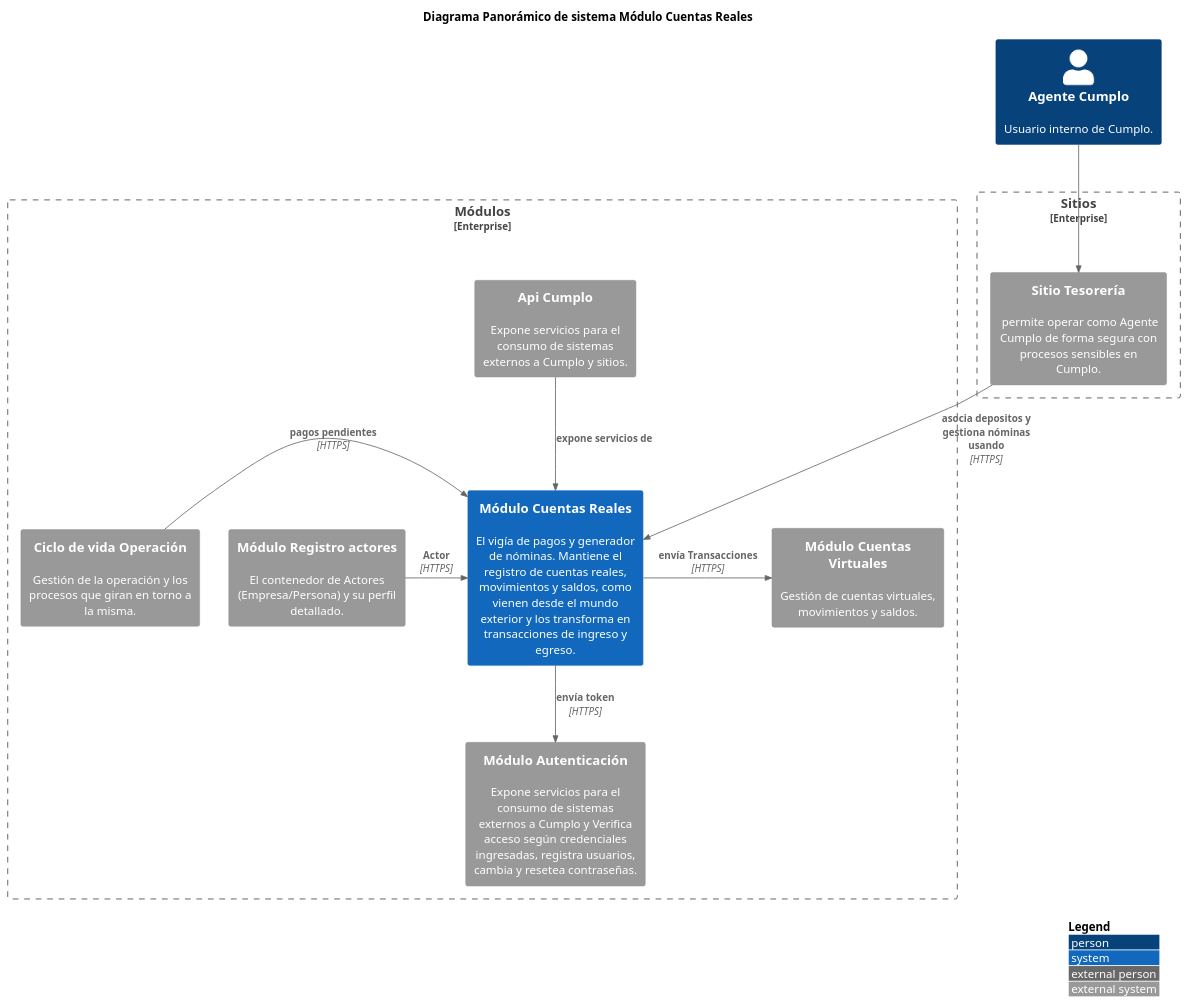
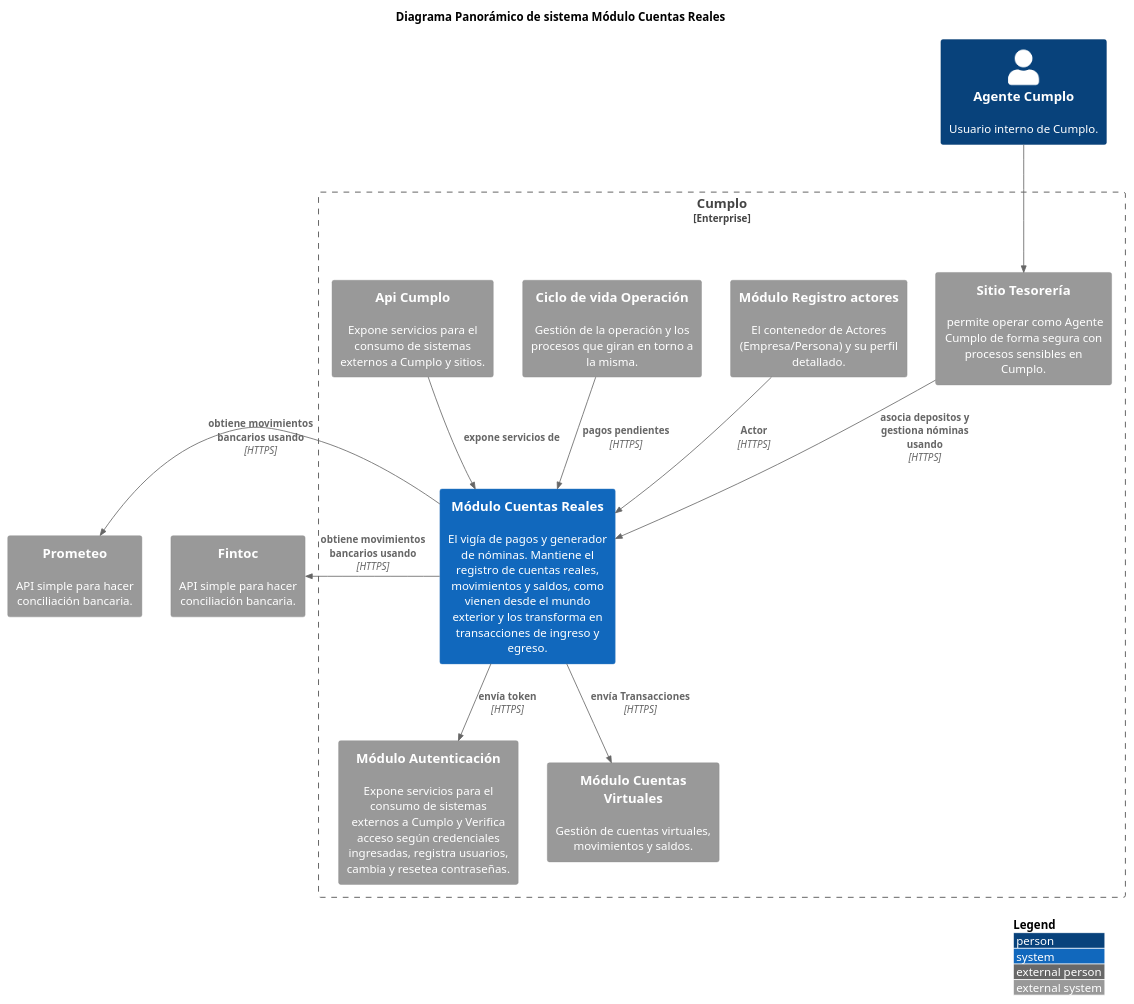
One commit to kpeet/koyweC4 changed the diagram in CuentasReales/ContextoPanoramicoCuentasReales.puml. Above: the diagram before and after it, drawn with PlantUML. The commit also changed 1 other file, not shown here.

Commit message:
sistemas externos en diagramas de contexto

```diff
--- a/CuentasReales/ContextoPanoramicoCuentasReales.puml
+++ b/CuentasReales/ContextoPanoramicoCuentasReales.puml
@@ -1,49 +1,56 @@
 @startuml
 !include https://raw.githubusercontent.com/plantuml-stdlib/C4-PlantUML/master/C4_Context.puml
 ' uncomment the following line and comment the first to use locally
 ' !include C4_Context.puml
 
 'LAYOUT_TOP_DOWN()
 'LAYOUT_AS_SKETCH()
 LAYOUT_WITH_LEGEND()
 
 title Diagrama Panorámico de sistema Módulo Cuentas Reales
 
 Person(agente_cumplo, "Agente Cumplo", "Usuario interno de Cumplo.")
-
-
-
-Enterprise_Boundary(c0, "Sitios") {
+System_Ext(fintoc, "Fintoc", "API simple para hacer conciliación bancaria.")
+System_Ext(prometeo, "Prometeo", "API simple para hacer conciliación bancaria.")
+Enterprise_Boundary(c0, "Cumplo") {
     System_Ext(s_tesoreria, "Sitio Tesorería", " permite operar como Agente Cumplo de forma segura con procesos sensibles en Cumplo.")
-}
-Enterprise_Boundary(c1, "Módulos") {
     System( modulo_cuentas_reales, "Módulo Cuentas Reales", "El vigía de pagos y generador de nóminas. Mantiene el registro de cuentas reales, movimientos y saldos, como vienen desde el mundo exterior y los transforma en transacciones de ingreso y egreso.")
     System_Ext(modulo_autenticacion, "Módulo Autenticación", "Expone servicios para el consumo de sistemas externos a Cumplo y Verifica acceso según credenciales ingresadas, registra usuarios, cambia y resetea contraseñas.")
     System_Ext(modulo_registro_actores, "Módulo Registro actores", "El contenedor de Actores (Empresa/Persona) y su perfil detallado.")
     System_Ext(modulo_cuentas_virtuales, "Módulo Cuentas Virtuales", "Gestión de cuentas virtuales, movimientos y saldos.")
     System_Ext(modulo_operaciones, "Ciclo de vida Operación", "Gestión de la operación y los procesos que giran en torno a la misma.")
     System_Ext(modulo_api_cumplo, "Api Cumplo", "Expone servicios para el consumo de sistemas externos a Cumplo y sitios.")
 
 }
-'Relaciones Cuentas Reales
 
-Rel_Neighbor(modulo_registro_actores, modulo_cuentas_reales, "Actor", "HTTPS")
-Rel_Neighbor(modulo_cuentas_reales, modulo_cuentas_virtuales, "envía Transacciones", "HTTPS")
-Rel_Neighbor(modulo_operaciones, modulo_cuentas_reales, "pagos pendientes", "HTTPS")
+
+
+'RELACIONES DE SISTEMA
+'Relaciones sistema/módulos
+
+Rel(modulo_registro_actores, modulo_cuentas_reales, "Actor", "HTTPS")
+Rel(modulo_cuentas_reales, modulo_cuentas_virtuales, "envía Transacciones", "HTTPS")
+Rel(modulo_operaciones, modulo_cuentas_reales, "pagos pendientes", "HTTPS")
 Rel(modulo_cuentas_reales, modulo_autenticacion, "envía token", "HTTPS")
 Rel(modulo_api_cumplo, modulo_cuentas_reales, "expone servicios de")
 
 'Relaciones usuarios/sitios
  
  Rel(agente_cumplo, s_tesoreria, "", "")
 
 
 'Relaciones sitios/módulos
 
 Rel(s_tesoreria,modulo_cuentas_reales, "asocia depositos y gestiona nóminas usando", "HTTPS")
 
+
+'Relaciones módulos/sistemas externos
+Rel_L( modulo_cuentas_reales,fintoc, "obtiene movimientos bancarios usando", "HTTPS")
+Rel_L( modulo_cuentas_reales,prometeo, "obtiene movimientos bancarios usando", "HTTPS")
+
+
 'Lay_D(atm, banking_system)
 
 'Lay_D(atm, customer)
 'Lay_U(mail_system, customer)
 @enduml
```
